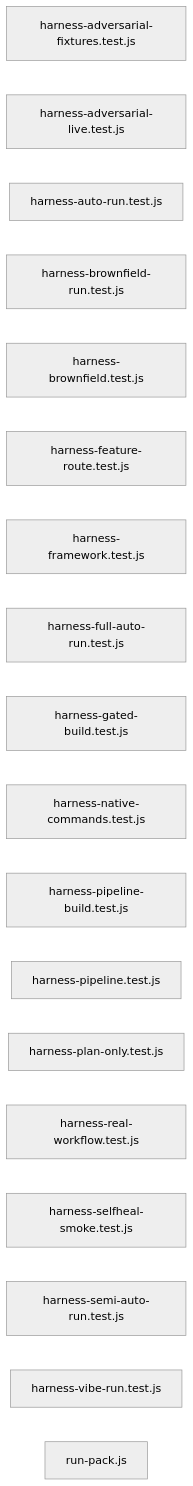
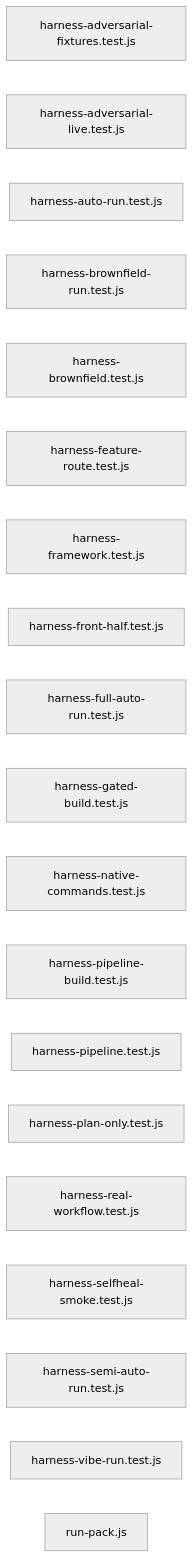
The diagram in specs/brownfield/wiki/pages/02-test-e2e.md (cwijayasundara/claude_harness_eng_v6), drawn with Mermaid (neutral theme) before and after one commit. The commit also changed other lines of this file and 12 other files, not shown here.

First line of the commit message:
chore(wiki): regenerate the code graph and DeepWiki for the e2e route work

````diff
--- a/specs/brownfield/wiki/pages/02-test-e2e.md
+++ b/specs/brownfield/wiki/pages/02-test-e2e.md
@@ -7,21 +7,22 @@
 ```mermaid
 flowchart LR
   n_js_test_e2e_harness_adversarial_fixtures_test_js["harness-adversarial-fixtures.test.js"]
   n_js_test_e2e_harness_adversarial_live_test_js["harness-adversarial-live.test.js"]
   n_js_test_e2e_harness_auto_run_test_js["harness-auto-run.test.js"]
   n_js_test_e2e_harness_brownfield_run_test_js["harness-brownfield-run.test.js"]
   n_js_test_e2e_harness_brownfield_test_js["harness-brownfield.test.js"]
   n_js_test_e2e_harness_feature_route_test_js["harness-feature-route.test.js"]
   n_js_test_e2e_harness_framework_test_js["harness-framework.test.js"]
+  n_js_test_e2e_harness_front_half_test_js["harness-front-half.test.js"]
   n_js_test_e2e_harness_full_auto_run_test_js["harness-full-auto-run.test.js"]
   n_js_test_e2e_harness_gated_build_test_js["harness-gated-build.test.js"]
   n_js_test_e2e_harness_native_commands_test_js["harness-native-commands.test.js"]
   n_js_test_e2e_harness_pipeline_build_test_js["harness-pipeline-build.test.js"]
   n_js_test_e2e_harness_pipeline_test_js["harness-pipeline.test.js"]
   n_js_test_e2e_harness_plan_only_test_js["harness-plan-only.test.js"]
   n_js_test_e2e_harness_real_workflow_test_js["harness-real-workflow.test.js"]
   n_js_test_e2e_harness_selfheal_smoke_test_js["harness-selfheal-smoke.test.js"]
   n_js_test_e2e_harness_semi_auto_run_test_js["harness-semi-auto-run.test.js"]
   n_js_test_e2e_harness_vibe_run_test_js["harness-vibe-run.test.js"]
   n_js_test_e2e_run_pack_js["run-pack.js"]
 ```
````
